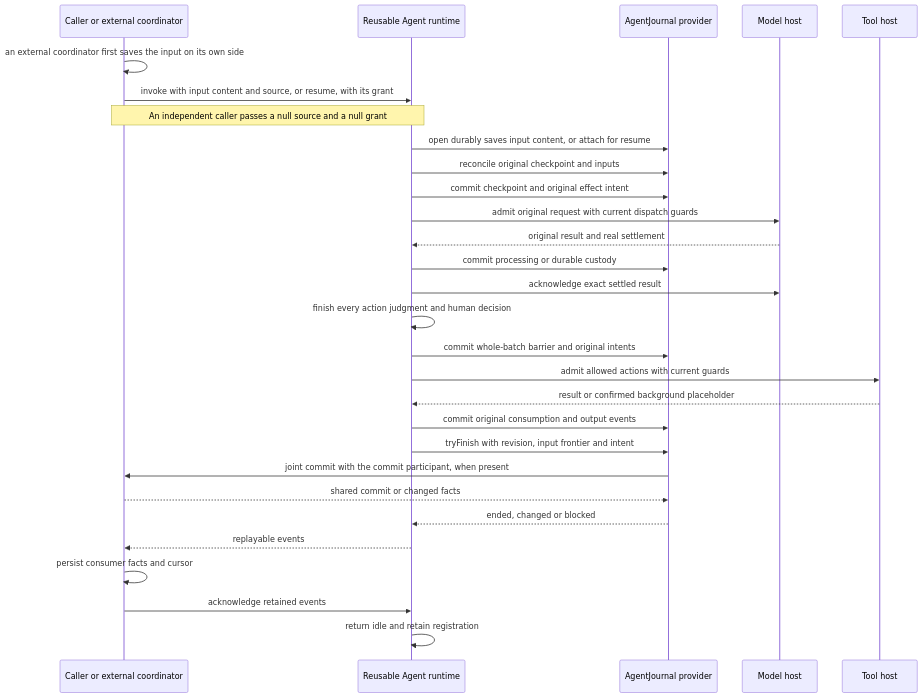
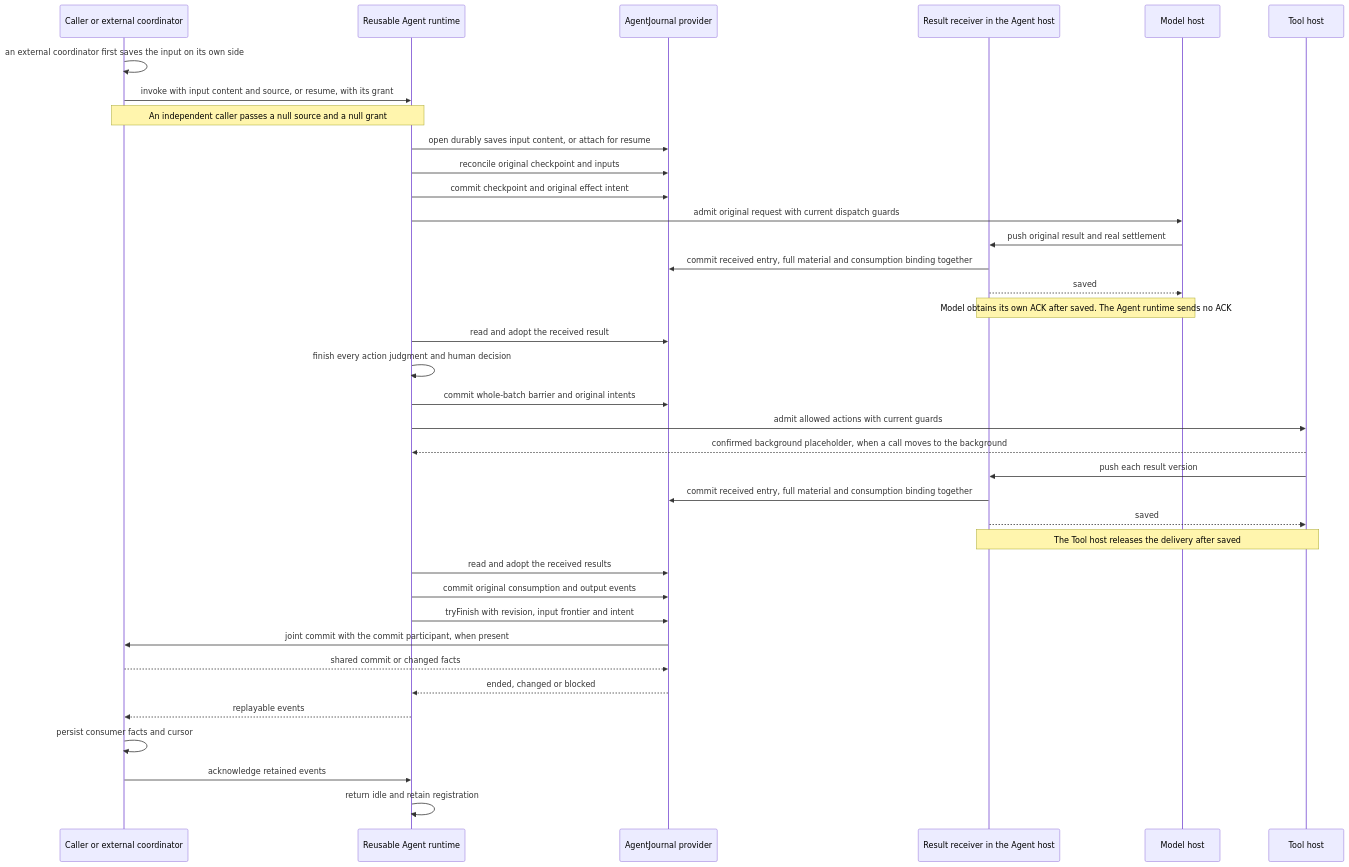
Before and after one commit to nemori-ai/omne-harness-lite: the fourth of 6 diagrams in packages/agent/agent-contract/docs/context.md, drawn with Mermaid. The commit also changed other lines of this file and 28 other files, not shown here.

````diff
--- a/packages/agent/agent-contract/docs/context.md
+++ b/packages/agent/agent-contract/docs/context.md
@@ -110,31 +110,39 @@
 ```mermaid
 sequenceDiagram
   participant S as Caller or external coordinator
   participant A as Reusable Agent runtime
   participant J as AgentJournal provider
+  participant R as Result receiver in the Agent host
   participant M as Model host
   participant T as Tool host
   S->>S: an external coordinator first saves the input on its own side
   S->>A: invoke with input content and source, or resume, with its grant
   Note over S,A: An independent caller passes a null source and a null grant
   A->>J: open durably saves input content, or attach for resume
   A->>J: reconcile original checkpoint and inputs
   A->>J: commit checkpoint and original effect intent
   A->>M: admit original request with current dispatch guards
-  M-->>A: original result and real settlement
-  A->>J: commit processing or durable custody
-  A->>M: acknowledge exact settled result
+  M->>R: push original result and real settlement
+  R->>J: commit received entry, full material and consumption binding together
+  R-->>M: saved
+  Note over R,M: Model obtains its own ACK after saved. The Agent runtime sends no ACK
+  A->>J: read and adopt the received result
   A->>A: finish every action judgment and human decision
   A->>J: commit whole-batch barrier and original intents
   A->>T: admit allowed actions with current guards
-  T-->>A: result or confirmed background placeholder
+  T-->>A: confirmed background placeholder, when a call moves to the background
+  T->>R: push each result version
+  R->>J: commit received entry, full material and consumption binding together
+  R-->>T: saved
+  Note over R,T: The Tool host releases the delivery after saved
+  A->>J: read and adopt the received results
   A->>J: commit original consumption and output events
   A->>J: tryFinish with revision, input frontier and intent
   J->>S: joint commit with the commit participant, when present
   S-->>J: shared commit or changed facts
   J-->>A: ended, changed or blocked
   A-->>S: replayable events
   S->>S: persist consumer facts and cursor
   S->>A: acknowledge retained events
   A->>A: return idle and retain registration
 ```
````
